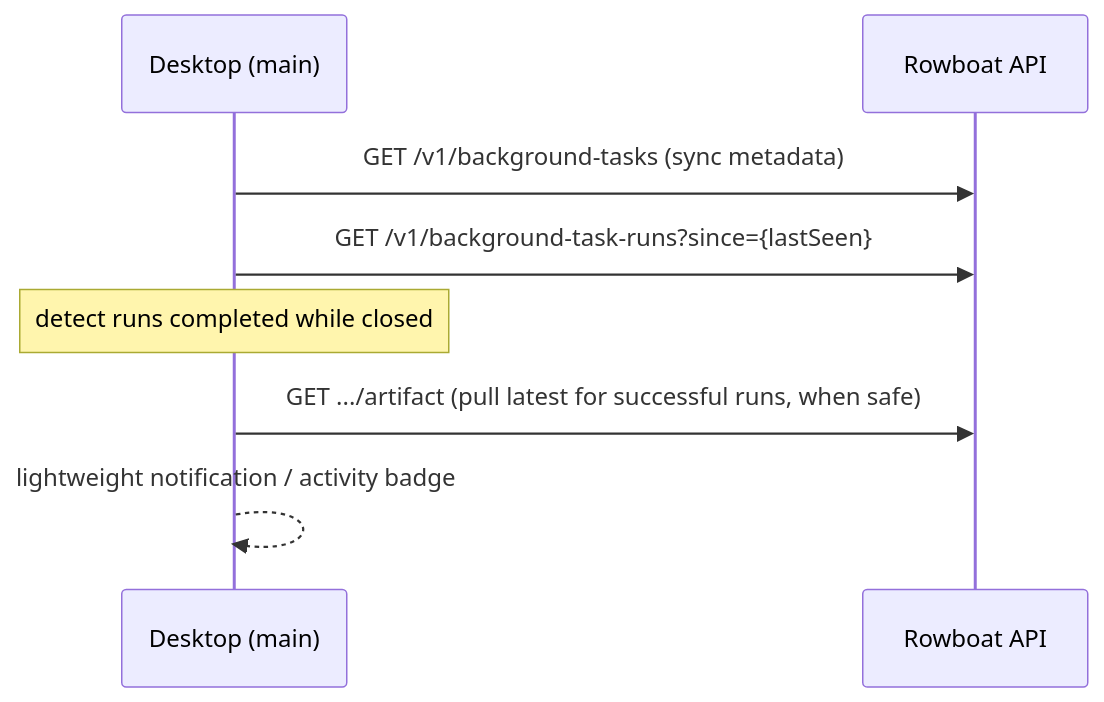
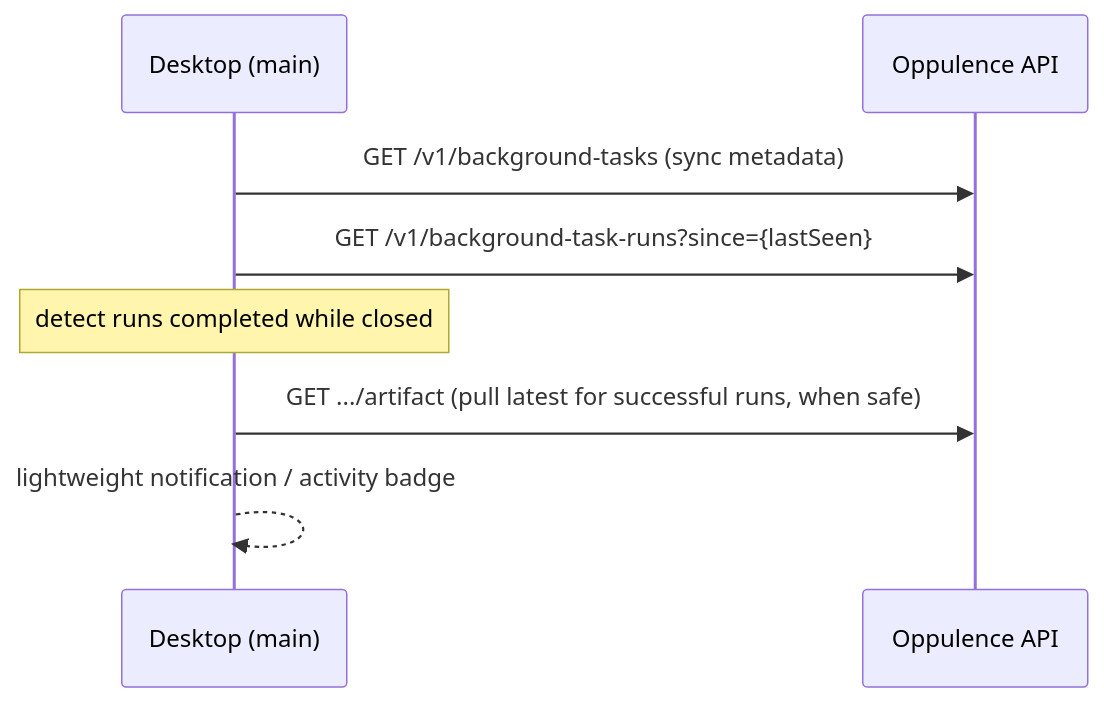
One commit to Oppulence-Engineering/Desktop-Assistant changed the diagram in apps/rfc/complete-006-desktop-cloud-control-plane.md. Above: the diagram before and after it, drawn with Mermaid. The commit also changed other lines of this file and 25 other files, not shown here.

First line of the commit message:
chore: rename Rowboat to Oppulence in docs, comments, and display strings

````diff
--- a/apps/rfc/complete-006-desktop-cloud-control-plane.md
+++ b/apps/rfc/complete-006-desktop-cloud-control-plane.md
@@ -95,10 +95,10 @@
 ```mermaid
 sequenceDiagram
     participant D as Desktop (main)
-    participant API as Rowboat API
+    participant API as Oppulence API
     D->>API: GET /v1/background-tasks (sync metadata)
     D->>API: GET /v1/background-task-runs?since={lastSeen}
     Note over D: detect runs completed while closed
     D->>API: GET .../artifact (pull latest for successful runs, when safe)
     D-->>D: lightweight notification / activity badge
 ```
````
